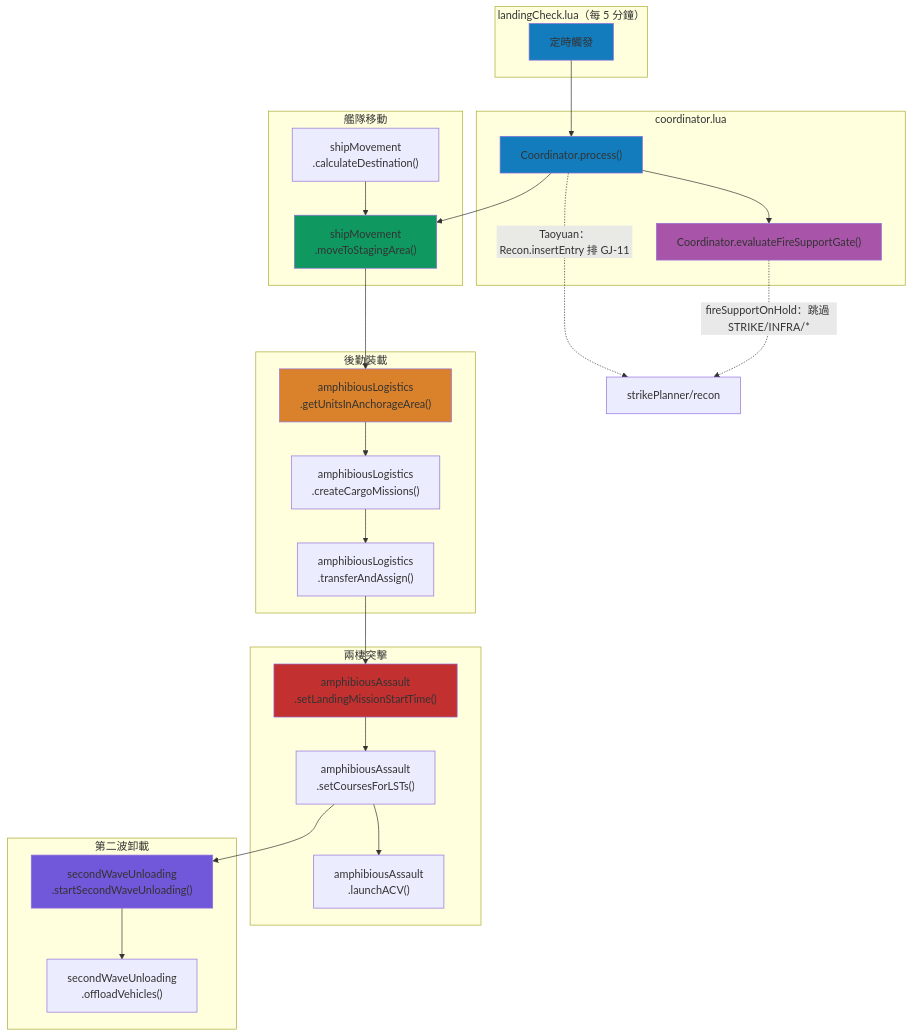
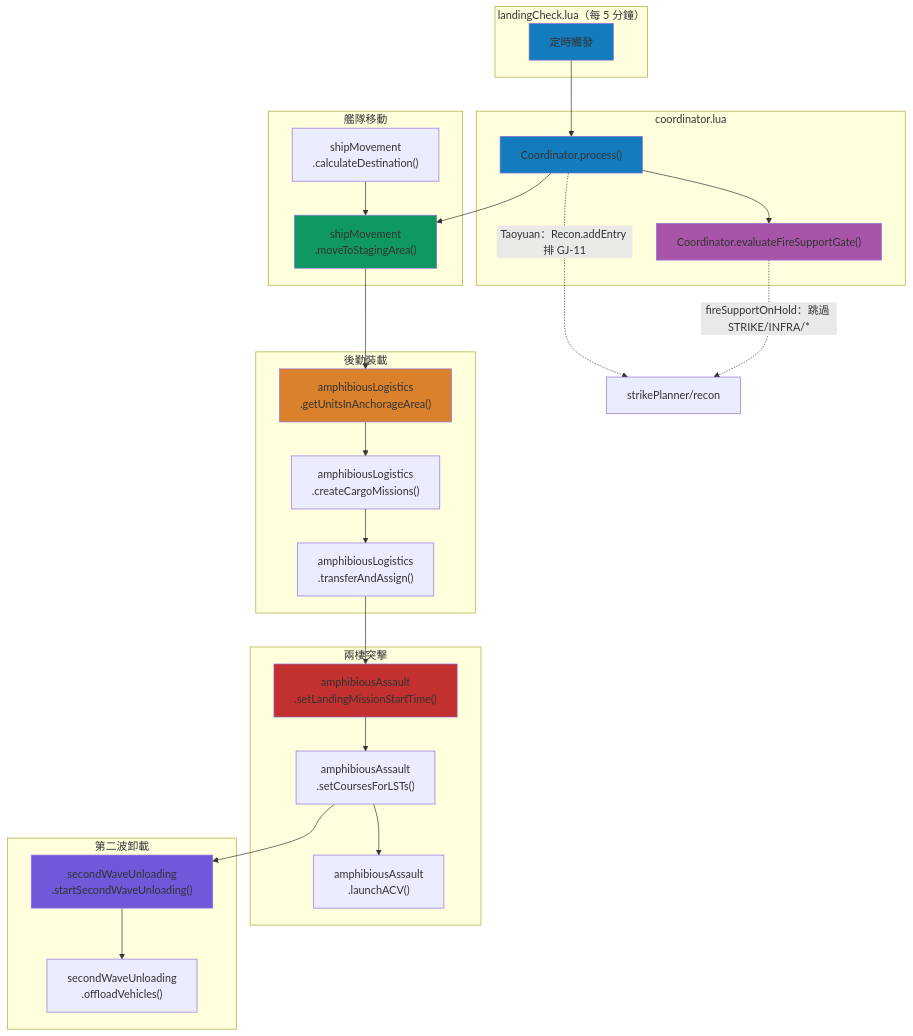
The first of 3 diagrams in docs/landingOps/README.md (pullupjumper/formosa-in-flames), drawn with Mermaid before and after one commit. The commit also changed 93 other files, not shown here.

````diff
--- a/docs/landingOps/README.md
+++ b/docs/landingOps/README.md
@@ -43,53 +43,53 @@
 ```mermaid
 flowchart TB
     subgraph 觸發器["landingCheck.lua（每 5 分鐘）"]
         TRIGGER[定時觸發]
     end
 
     subgraph 編排層["coordinator.lua"]
         COORD["Coordinator.process()"]
         GATE["Coordinator.evaluateFireSupportGate()"]
     end
 
     subgraph 階段一["艦隊移動"]
         SM["shipMovement<br>.moveToStagingArea()"]
         CALC["shipMovement<br>.calculateDestination()"]
     end
 
     subgraph 階段二["後勤裝載"]
         AL_GET["amphibiousLogistics<br>.getUnitsInAnchorageArea()"]
         AL_CREATE["amphibiousLogistics<br>.createCargoMissions()"]
         AL_TRANSFER["amphibiousLogistics<br>.transferAndAssign()"]
     end
 
     subgraph 階段三["兩棲突擊"]
         AA_TIME["amphibiousAssault<br>.setLandingMissionStartTime()"]
         AA_COURSE["amphibiousAssault<br>.setCoursesForLSTs()"]
         AA_ACV["amphibiousAssault<br>.launchACV()"]
     end
 
     subgraph 階段四["第二波卸載"]
         SW_START["secondWaveUnloading<br>.startSecondWaveUnloading()"]
         SW_OFFLOAD["secondWaveUnloading<br>.offloadVehicles()"]
     end
 
     TRIGGER --> COORD
     COORD --> SM
     CALC --> SM
     SM --> AL_GET
     AL_GET --> AL_CREATE --> AL_TRANSFER
     AL_TRANSFER --> AA_TIME --> AA_COURSE
     AA_COURSE --> AA_ACV
     AA_COURSE --> SW_START --> SW_OFFLOAD
     COORD --> GATE
-    COORD -.->|Taoyuan：Recon.insertEntry 排 GJ-11| RECON["strikePlanner/recon"]
+    COORD -.->|Taoyuan：Recon.addEntry 排 GJ-11| RECON["strikePlanner/recon"]
     GATE -.->|fireSupportOnHold：跳過 STRIKE/INFRA/*| RECON
 
     style TRIGGER fill:#137cbd
     style COORD fill:#137cbd
     style GATE fill:#a854a8
     style SM fill:#0f9960
     style AL_GET fill:#d9822b
     style AA_TIME fill:#c23030
     style SW_START fill:#7157d9
 ```
````
